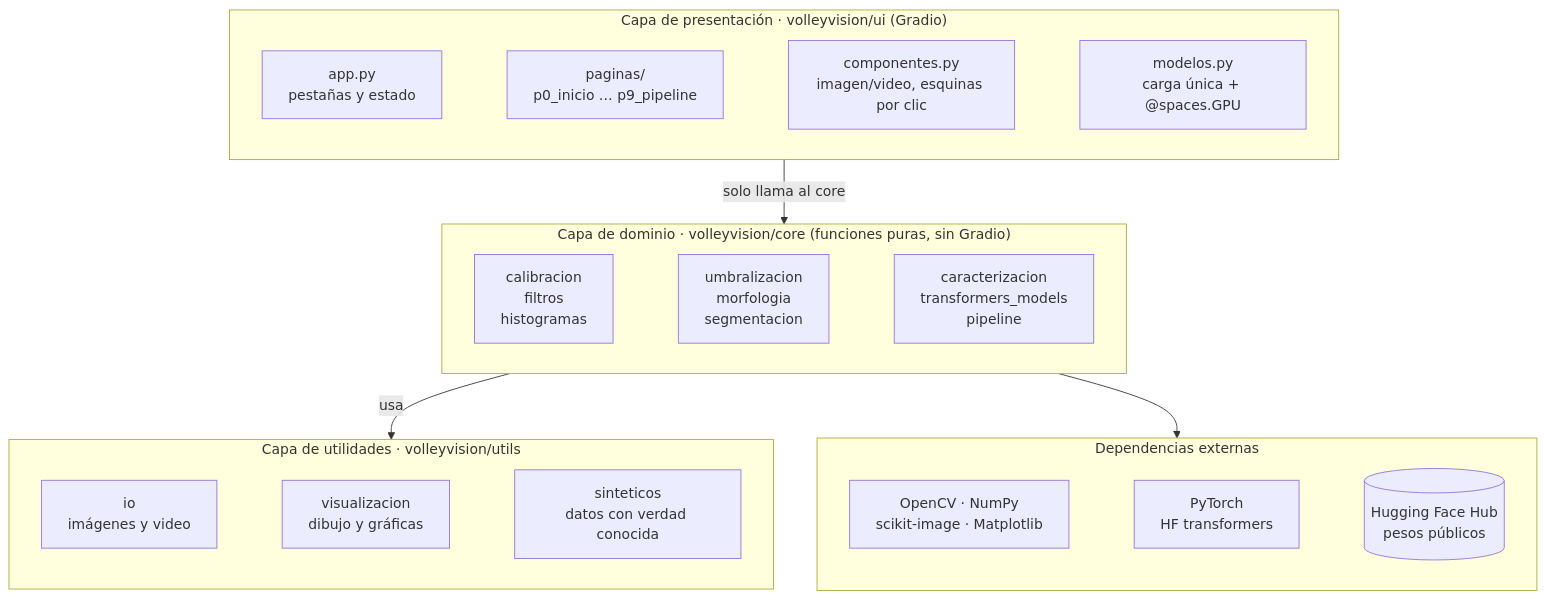
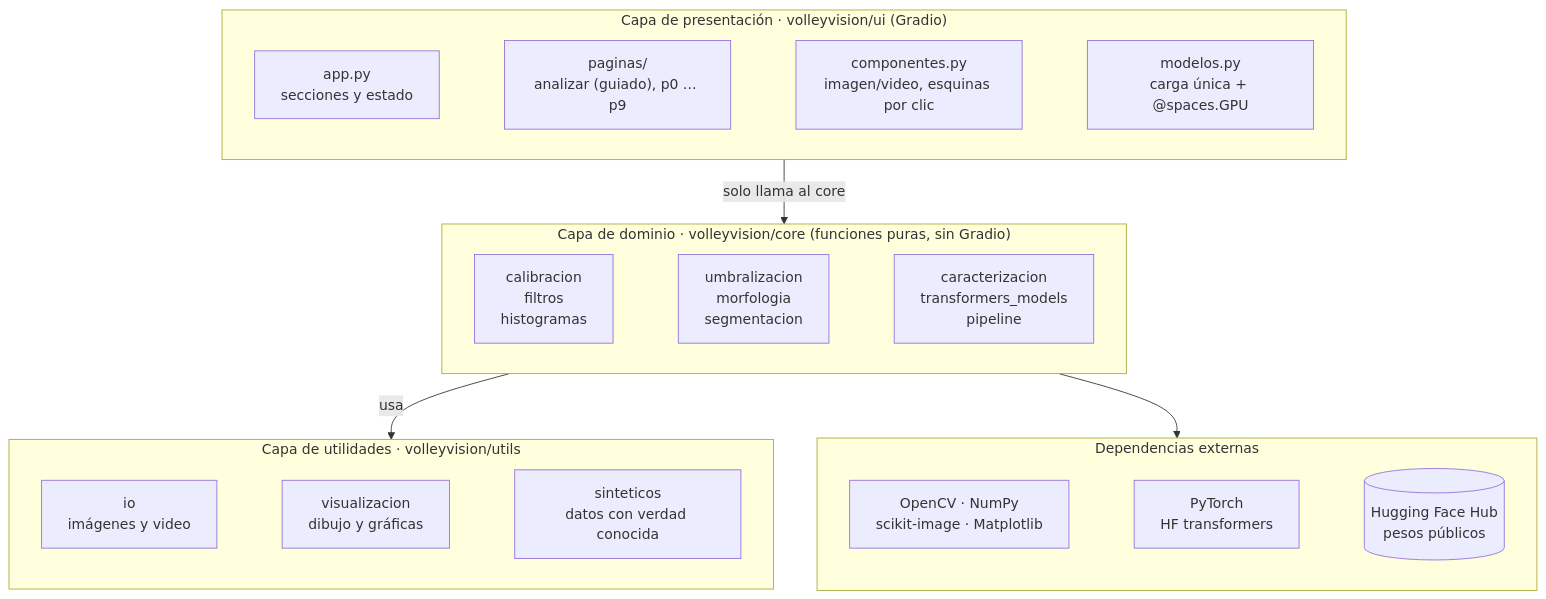
One commit to Jeol28/Vision-Artificial changed the second of 3 diagrams in README.md. Above: the diagram before and after it, drawn with Mermaid. The commit also changed other lines of this file and 5 other files, not shown here.

````diff
--- a/README.md
+++ b/README.md
@@ -267,22 +278,22 @@
 ```mermaid
 flowchart TB
     subgraph UI["Capa de presentación · volleyvision/ui (Gradio)"]
         direction LR
-        APP["app.py<br/>pestañas y estado"] ~~~ PAG["paginas/<br/>p0_inicio … p9_pipeline"] ~~~ COMP["componentes.py<br/>imagen/video, esquinas por clic"] ~~~ MOD["modelos.py<br/>carga única + @spaces.GPU"]
+        APP["app.py<br/>secciones y estado"] ~~~ PAG["paginas/<br/>analizar (guiado), p0 … p9"] ~~~ COMP["componentes.py<br/>imagen/video, esquinas por clic"] ~~~ MOD["modelos.py<br/>carga única + @spaces.GPU"]
     end
     subgraph CORE["Capa de dominio · volleyvision/core (funciones puras, sin Gradio)"]
         direction LR
         C1["calibracion<br/>filtros<br/>histogramas"] ~~~ C2["umbralizacion<br/>morfologia<br/>segmentacion"] ~~~ C3["caracterizacion<br/>transformers_models<br/>pipeline"]
     end
     subgraph UTILS["Capa de utilidades · volleyvision/utils"]
         direction LR
         U1["io<br/>imágenes y video"] ~~~ U2["visualizacion<br/>dibujo y gráficas"] ~~~ U3["sinteticos<br/>datos con verdad conocida"]
     end
     subgraph EXT["Dependencias externas"]
         direction LR
         E1["OpenCV · NumPy<br/>scikit-image · Matplotlib"] ~~~ E2["PyTorch<br/>HF transformers"] ~~~ E3[("Hugging Face Hub<br/>pesos públicos")]
     end
     UI -->|"solo llama al core"| CORE
     CORE -->|"usa"| UTILS
     CORE --> EXT
 ```
````
